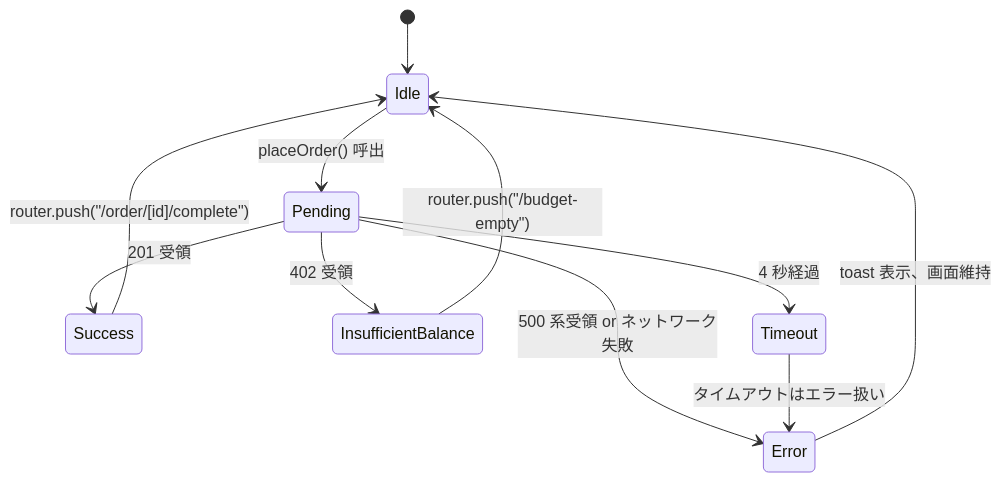
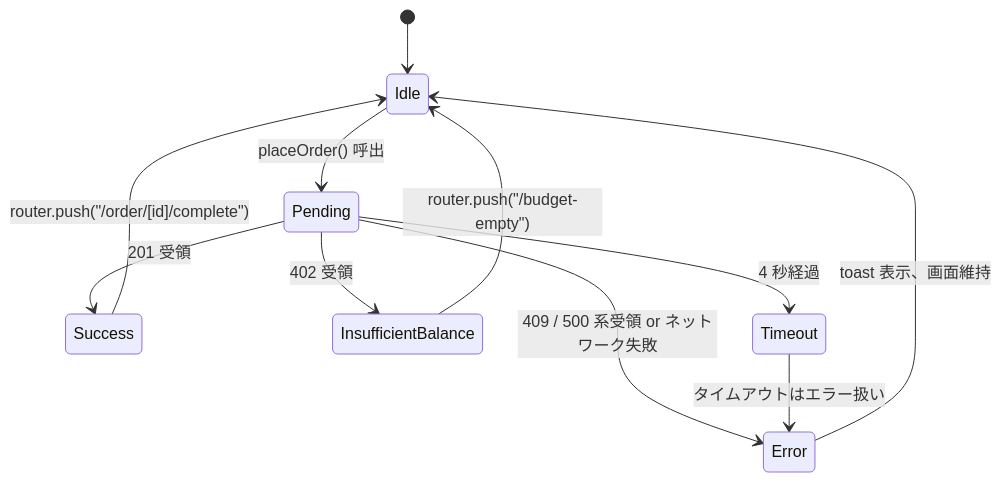
Before and after one commit to ryotinjpn/goro2pay: the fourth of 4 diagrams in aidlc-docs/construction/order/functional-design/frontend-components.md, drawn with Mermaid. The commit also changed other lines of this file, not shown here.

````diff
--- a/aidlc-docs/construction/order/functional-design/frontend-components.md
+++ b/aidlc-docs/construction/order/functional-design/frontend-components.md
@@ -295,13 +298,13 @@
 ```mermaid
 stateDiagram-v2
     [*] --> Idle
     Idle --> Pending: placeOrder() 呼出
     Pending --> Success: 201 受領
     Pending --> InsufficientBalance: 402 受領
-    Pending --> Error: 500 系受領 or ネットワーク失敗
+    Pending --> Error: 409 / 500 系受領 or ネットワーク失敗
     Pending --> Timeout: 4 秒経過
     Success --> Idle: router.push("/order/[id]/complete")
     InsufficientBalance --> Idle: router.push("/budget-empty")
     Error --> Idle: toast 表示、画面維持
     Timeout --> Error: タイムアウトはエラー扱い
 ```
````
